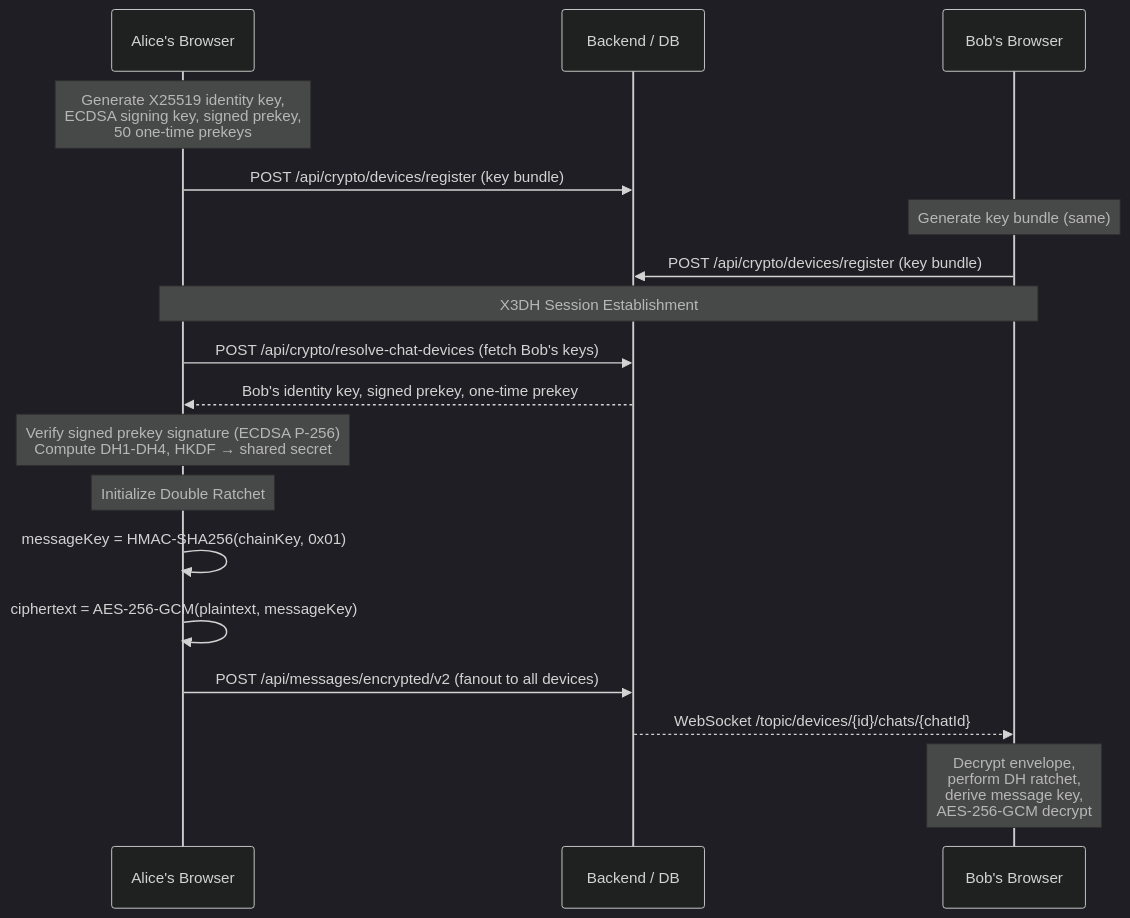
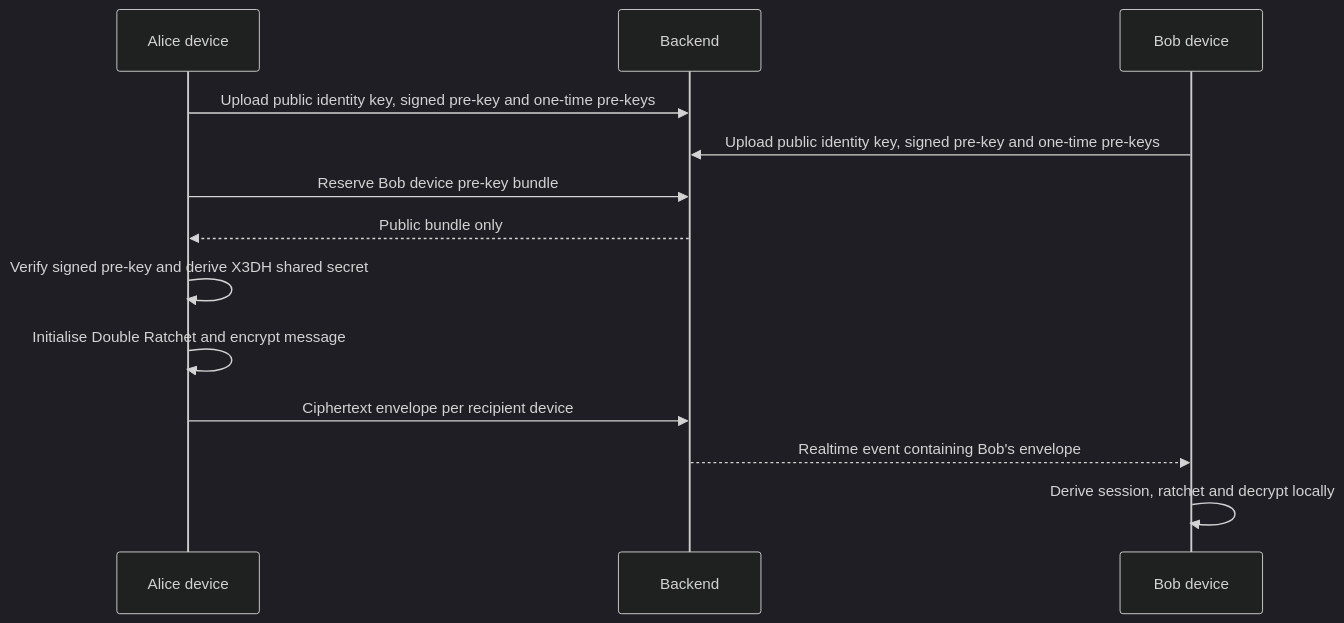
The first of 2 diagrams in README.md (vaazhen/chaos-e2ee-messenger), drawn with Mermaid (dark theme) before and after one commit. The commit also changed other lines of this file and 101 other files, not shown here.

````diff
--- a/README.md
+++ b/README.md
@@ -246,25 +73,16 @@
 ```mermaid
 sequenceDiagram
-    participant Alice as Alice's Browser
-    participant Server as Backend / DB
-    participant Bob as Bob's Browser
+    participant A as Alice device
+    participant S as Backend
+    participant B as Bob device
 
-    Note over Alice: Generate X25519 identity key,<br/>ECDSA signing key, signed prekey,<br/>50 one-time prekeys
-    Alice->>Server: POST /api/crypto/devices/register (key bundle)
-    
-    Note over Bob: Generate key bundle (same)
-    Bob->>Server: POST /api/crypto/devices/register (key bundle)
-
-    Note over Alice,Bob: X3DH Session Establishment
-    Alice->>Server: POST /api/crypto/resolve-chat-devices (fetch Bob's keys)
-    Server-->>Alice: Bob's identity key, signed prekey, one-time prekey
-    Note over Alice: Verify signed prekey signature (ECDSA P-256)<br/>Compute DH1-DH4, HKDF → shared secret
-    
-    Note over Alice: Initialize Double Ratchet
-    Alice->>Alice: messageKey = HMAC-SHA256(chainKey, 0x01)
-    Alice->>Alice: ciphertext = AES-256-GCM(plaintext, messageKey)
-
-    Alice->>Server: POST /api/messages/encrypted/v2 (fanout to all devices)
-    Server-->>Bob: WebSocket /topic/devices/{id}/chats/{chatId}
-    Note over Bob: Decrypt envelope,<br/>perform DH ratchet,<br/>derive message key,<br/>AES-256-GCM decrypt
+    A->>S: Upload public identity key, signed pre-key and one-time pre-keys
+    B->>S: Upload public identity key, signed pre-key and one-time pre-keys
+    A->>S: Reserve Bob device pre-key bundle
+    S-->>A: Public bundle only
+    A->>A: Verify signed pre-key and derive X3DH shared secret
+    A->>A: Initialise Double Ratchet and encrypt message
+    A->>S: Ciphertext envelope per recipient device
+    S-->>B: Realtime event containing Bob's envelope
+    B->>B: Derive session, ratchet and decrypt locally
 ```
````
